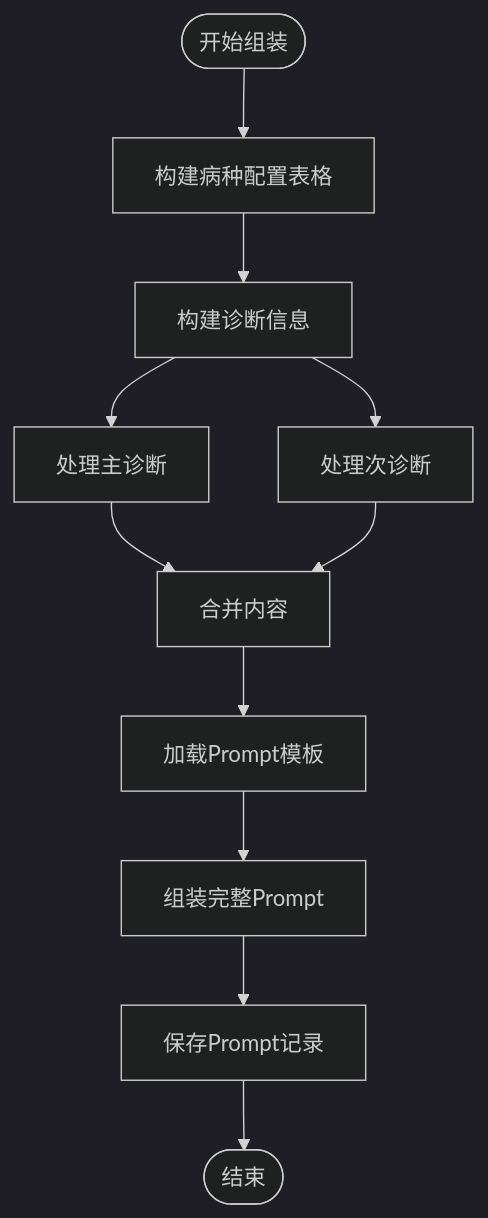
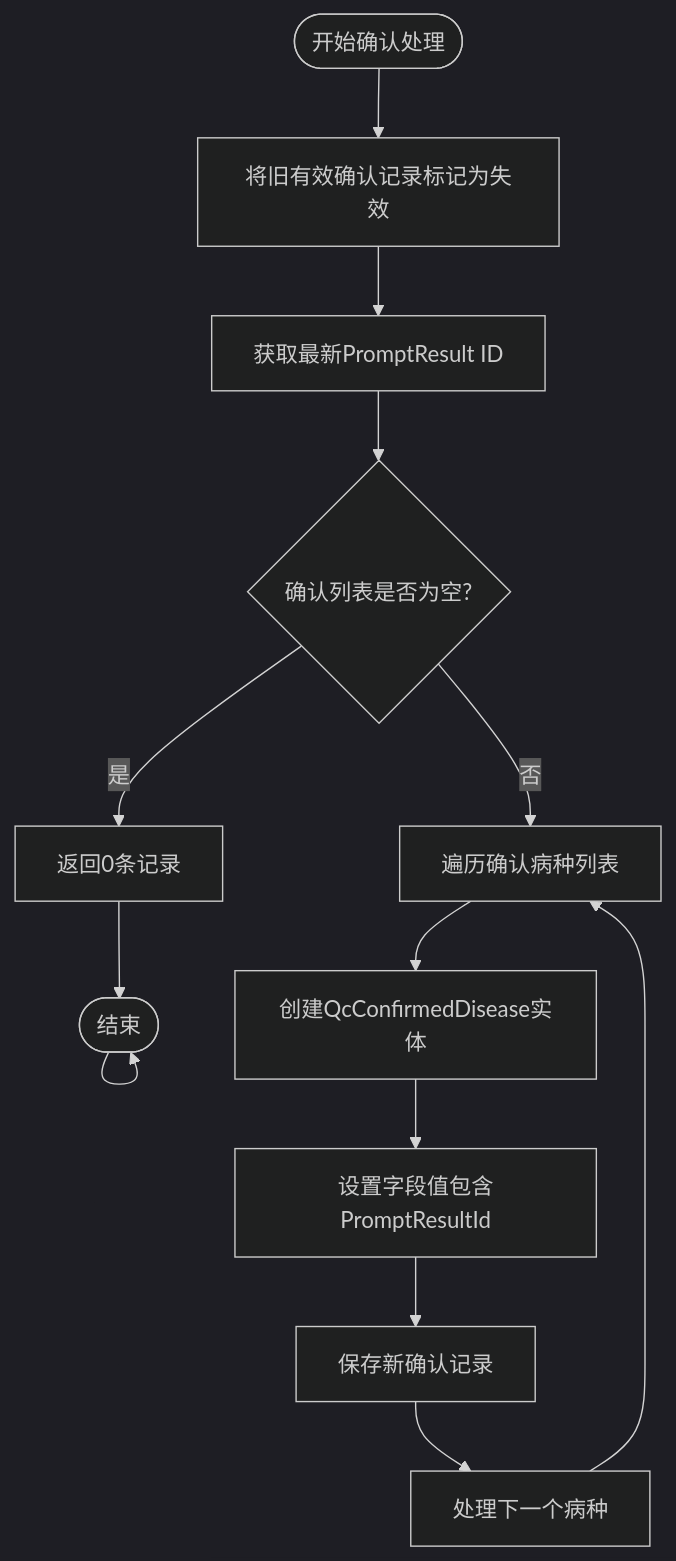
The ninth of 10 diagrams in .qoder/repowiki/zh/content/QC病种匹配系统.md (liuzh2008/med_ai_assistant_workspace), drawn with Mermaid (dark theme) before and after one commit. The commit also changed other lines of this file and 4 other files, not shown here.

````diff
--- a/.qoder/repowiki/zh/content/QC病种匹配系统.md
+++ b/.qoder/repowiki/zh/content/QC病种匹配系统.md
@@ -314,13 +471,15 @@
 ```mermaid
 flowchart TD
-Start([开始组装]) --> BuildConfigTable["构建病种配置表格"]
-BuildConfigTable --> BuildDiagnosisInfo["构建诊断信息"]
-BuildDiagnosisInfo --> PrimaryDiagnosis["处理主诊断"]
-BuildDiagnosisInfo --> SecondaryDiagnosis["处理次诊断"]
-PrimaryDiagnosis --> CombineContent["合并内容"]
-SecondaryDiagnosis --> CombineContent
-CombineContent --> LoadTemplate["加载Prompt模板"]
-LoadTemplate --> AssemblePrompt["组装完整Prompt"]
-AssemblePrompt --> SavePrompt["保存Prompt记录"]
-SavePrompt --> End([结束])
+Start([开始确认处理]) --> DeactivateOld["将旧有效确认记录标记为失效"]
+DeactivateOld --> GetLatestPrompt["获取最新PromptResult ID"]
+GetLatestPrompt --> CheckDiseases{"确认列表是否为空?"}
+CheckDiseases --> |是| ReturnCount["返回0条记录"]
+CheckDiseases --> |否| LoopDiseases["遍历确认病种列表"]
+LoopDiseases --> CreateEntity["创建QcConfirmedDisease实体"]
+CreateEntity --> SetFields["设置字段值包含PromptResultId"]
+SetFields --> SaveEntity["保存新确认记录"]
+SaveEntity --> NextDisease["处理下一个病种"]
+NextDisease --> LoopDiseases
+ReturnCount --> End([结束])
+End --> End
 ```
````
